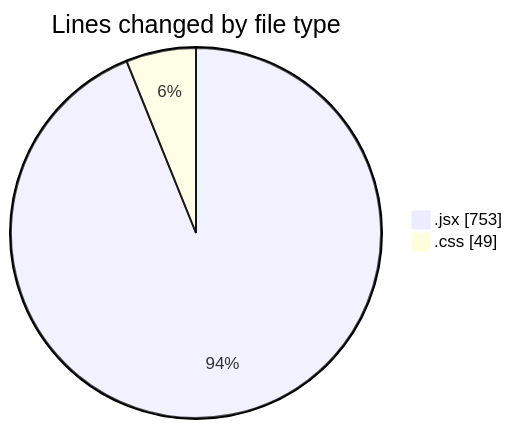
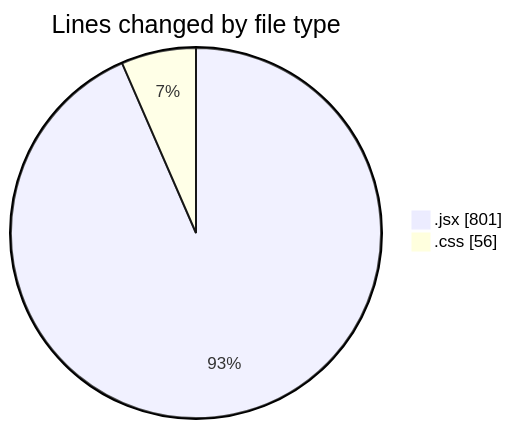
The first of 2 diagrams in 2025-03-01/react_ecom/README.md (Elitesun/code-tracking), drawn with Mermaid before and after one commit. The commit also changed other lines of this file and 1 other file, not shown here.

````diff
--- a/2025-03-01/react_ecom/README.md
+++ b/2025-03-01/react_ecom/README.md
@@ -25,6 +25,6 @@
 ```mermaid
 pie showData
 title Lines changed by file type
-".jsx" : 753
-".css" : 49
+".jsx" : 801
+".css" : 56
 ```
````
